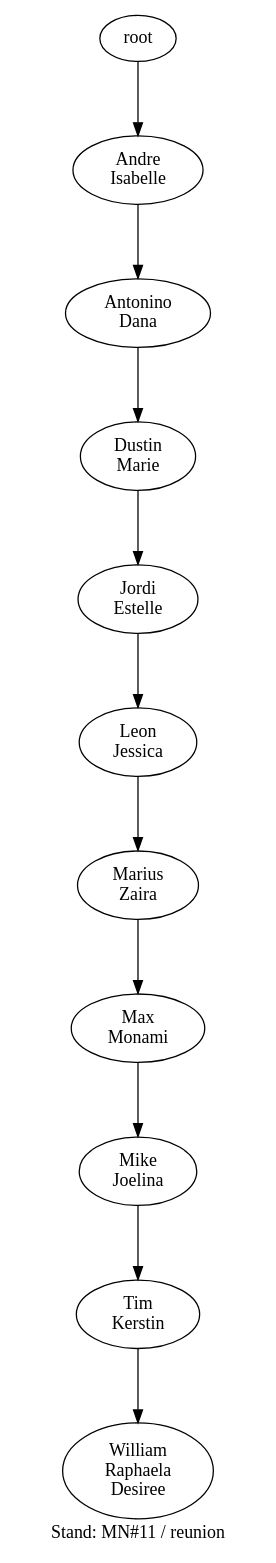
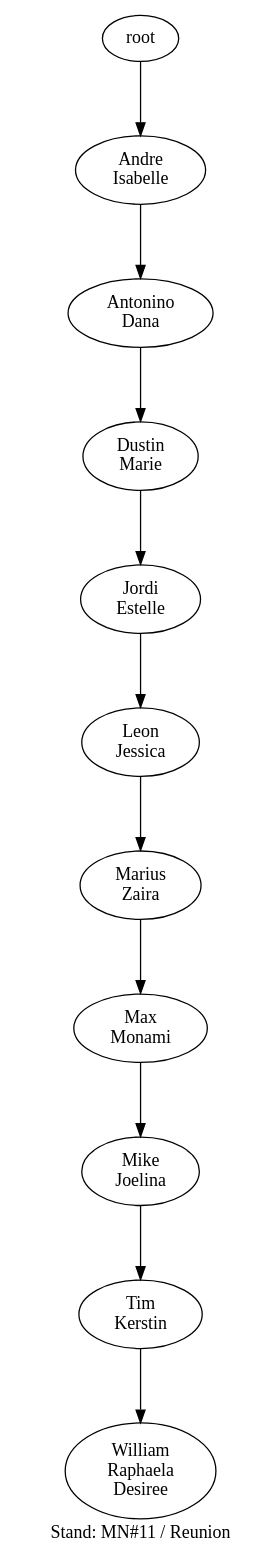
Before and after one commit to atticus-sullivan/sim-ayto: the diagram in data/de03/de03_21_tree.dot, drawn with Graphviz. The commit also changed 10 other files, not shown here.

```diff
--- a/data/de03/de03_21_tree.dot
+++ b/data/de03/de03_21_tree.dot
@@ -1,22 +1,22 @@
-digraph D { labelloc="b"; label="Stand: MN#11 / reunion"; ranksep=0.8;
+digraph D { labelloc="b"; label="Stand: MN#11 / Reunion"; ranksep=0.8;
 "root/2"[label="Andre\nIsabelle"]
 "root" -> "root/2";
 "root/2/0"[label="Antonino\nDana"]
 "root/2" -> "root/2/0";
 "root/2/0/6"[label="Dustin\nMarie"]
 "root/2/0" -> "root/2/0/6";
 "root/2/0/6/1"[label="Jordi\nEstelle"]
 "root/2/0/6" -> "root/2/0/6/1";
 "root/2/0/6/1/3"[label="Leon\nJessica"]
 "root/2/0/6/1" -> "root/2/0/6/1/3";
 "root/2/0/6/1/3/9"[label="Marius\nZaira"]
 "root/2/0/6/1/3" -> "root/2/0/6/1/3/9";
 "root/2/0/6/1/3/9/7"[label="Max\nMonami"]
 "root/2/0/6/1/3/9" -> "root/2/0/6/1/3/9/7";
 "root/2/0/6/1/3/9/7/4"[label="Mike\nJoelina"]
 "root/2/0/6/1/3/9/7" -> "root/2/0/6/1/3/9/7/4";
 "root/2/0/6/1/3/9/7/4/5"[label="Tim\nKerstin"]
 "root/2/0/6/1/3/9/7/4" -> "root/2/0/6/1/3/9/7/4/5";
 "root/2/0/6/1/3/9/7/4/5/8,10"[label="William\nRaphaela\nDesiree"]
 "root/2/0/6/1/3/9/7/4/5" -> "root/2/0/6/1/3/9/7/4/5/8,10";
 }
```
